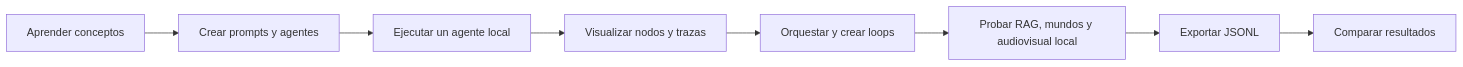
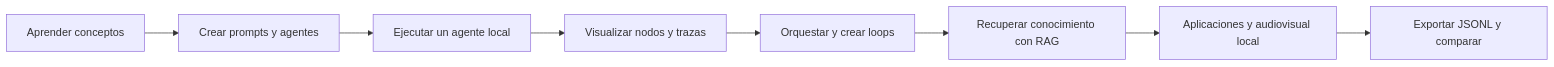
The diagram in README.md (Cristrva1/BL_Loops), drawn with Mermaid before and after one commit. The commit also changed other lines of this file and 249 other files, not shown here.

````diff
--- a/README.md
+++ b/README.md
@@ -16,10 +8,10 @@
 ```mermaid
 flowchart LR
     A[Aprender conceptos] --> B[Crear prompts y agentes]
     B --> C[Ejecutar un agente local]
     C --> D[Visualizar nodos y trazas]
     D --> E[Orquestar y crear loops]
-    E --> F[Probar RAG, mundos y audiovisual local]
-    F --> G[Exportar JSONL]
-    G --> H[Comparar resultados]
+    E --> F[Recuperar conocimiento con RAG]
+    F --> G[Aplicaciones y audiovisual local]
+    G --> H[Exportar JSONL y comparar]
 ```
````
